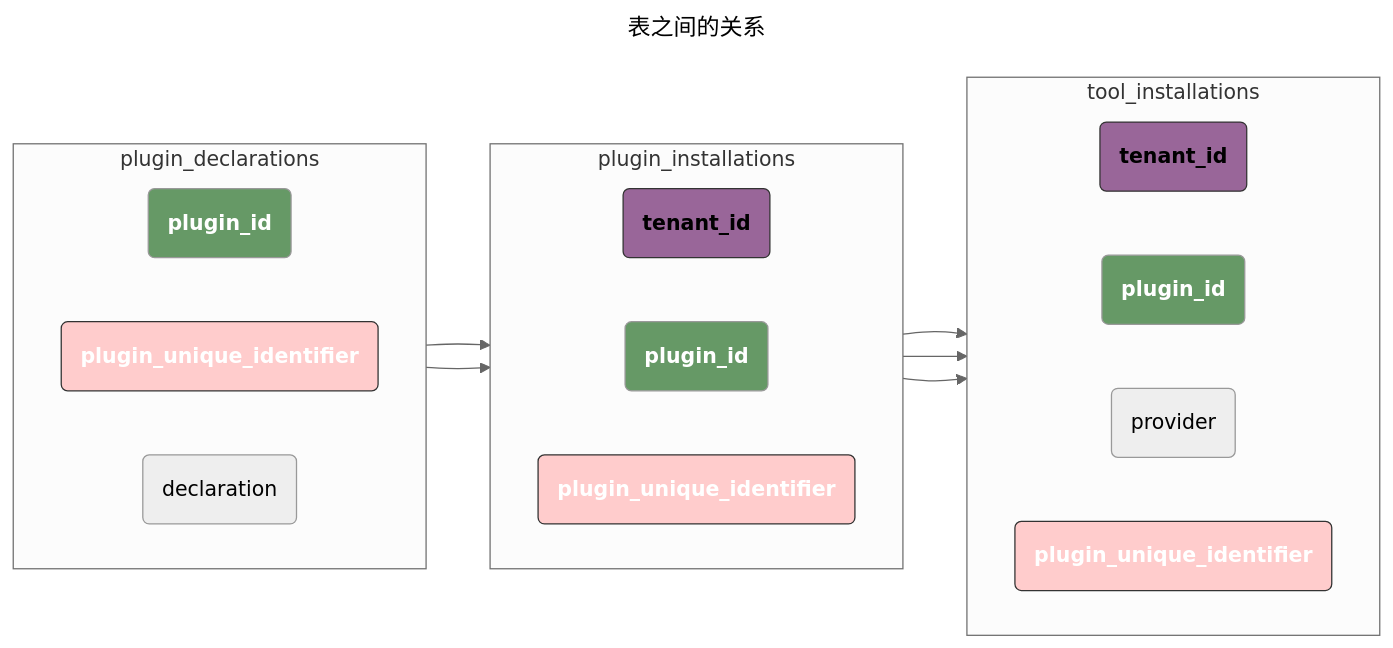
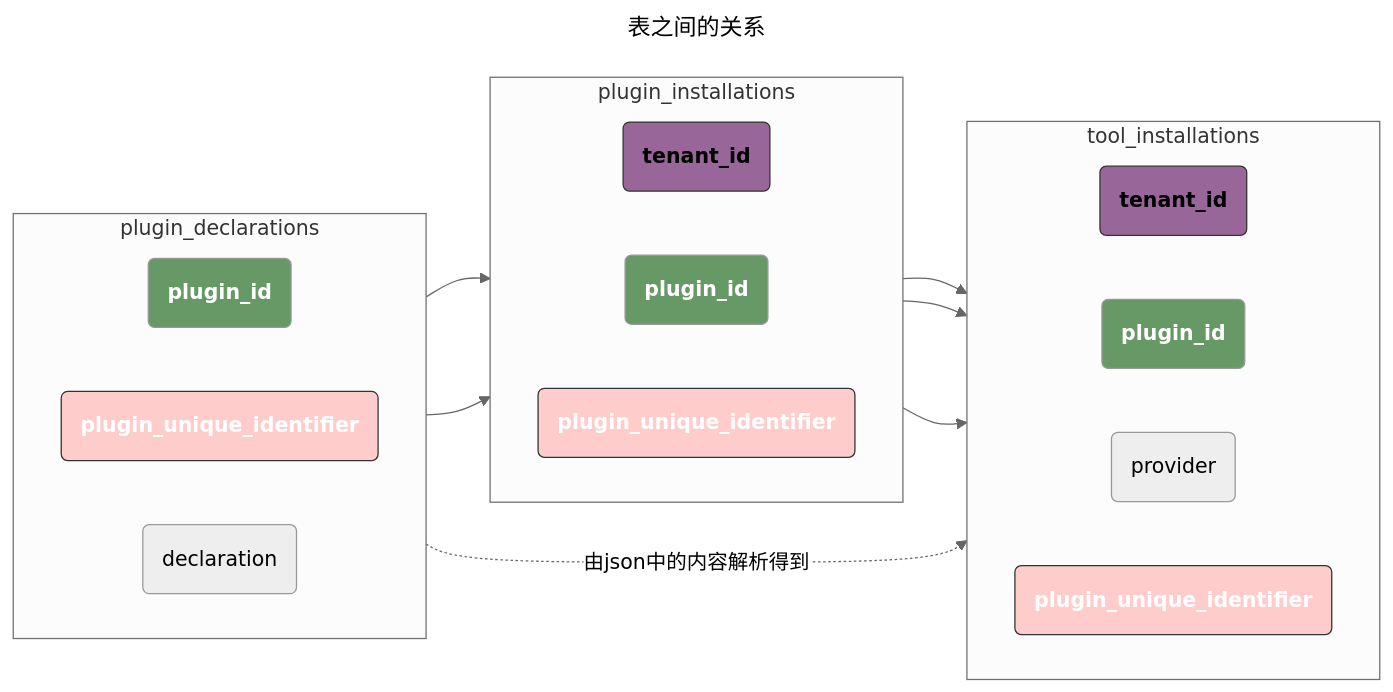
The second of 4 diagrams in source/_posts/dify插件简述.md (0x822a5b87/0x822a5b87.github.io), drawn with Mermaid (neutral theme) before and after one commit.

Commit message:
update dify plugin

````diff
--- a/source/_posts/dify插件简述.md
+++ b/source/_posts/dify插件简述.md
@@ -73,39 +73,41 @@
 ```mermaid
 ---
 title: 表之间的关系
 ---
 flowchart LR
 
 subgraph plugin_declarations
 	direction LR
 	1_plugin_id("plugin_id"):::green
 	1_plugin_unique_identifier("plugin_unique_identifier"):::pink
 	1_declaration("declaration")
 end
 
 subgraph plugin_installations
 	direction LR
 	2_tenant_id("tenant_id"):::purple
 	2_plugin_id("plugin_id"):::green
 	2_plugin_unique_identifier("plugin_unique_identifier"):::pink
 end
 
 subgraph tool_installations
 	direction LR
 	3_tenant_id("tenant_id"):::purple
 	3_plugin_id("plugin_id"):::green
 	3_provider("provider")
 	3_plugin_unique_identifier("plugin_unique_identifier"):::pink
 end
 
 1_plugin_id --> 2_plugin_id --> 3_plugin_id
 1_plugin_unique_identifier --> 2_plugin_unique_identifier --> 3_plugin_unique_identifier
 2_tenant_id --> 3_tenant_id
 
+1_declaration -.->|由json中的内容解析得到| 3_provider
+
 classDef pink 1,fill:#FFCCCC,stroke:#333, color: #fff, font-weight:bold;
 classDef green fill: #696,color: #fff,font-weight: bold;
 classDef purple fill:#969,stroke:#333, font-weight: bold;
 classDef error fill:#bbf,stroke:#f66,stroke-width:2px,color:#fff,stroke-dasharray: 5 5
 classDef coral fill:#f9f,stroke:#333,stroke-width:4px;
 classDef animate stroke-dasharray: 9,5,stroke-dashoffset: 900,animation: dash 25s linear infinite;
 ```
````
